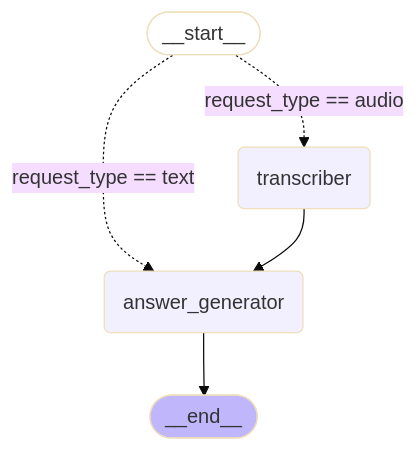
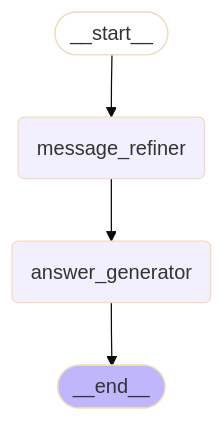
Before and after one commit to ryanjuniox/voxgraph-multimodal-agent: the diagram in docs/guides/graph.md, drawn with Mermaid (base theme). The commit also changed other lines of this file and 10 other files, not shown here.

Commit message:
refactor(agent): Simplify graph to sequential flow with message refiner node

````diff
--- a/docs/guides/graph.md
+++ b/docs/guides/graph.md
@@ -10,14 +10,13 @@
 ```mermaid
 graph TD;
 	__start__([<p>__start__</p>]):::first
+	message_refiner(message_refiner)
 	answer_generator(answer_generator)
-	transcriber(transcriber)
 	__end__([<p>__end__</p>]):::last
-	__start__ -. "request_type == audio" .-> transcriber;
-	__start__ -. "request_type == text" .-> answer_generator;
-	transcriber --> answer_generator;
+	__start__ --> message_refiner;
+	message_refiner --> answer_generator;
 	answer_generator --> __end__;
 	classDef default fill:#f2f0ff,line-height:1.2
 	classDef first fill-opacity:0
 	classDef last fill:#bfb6fc
 ```
````
